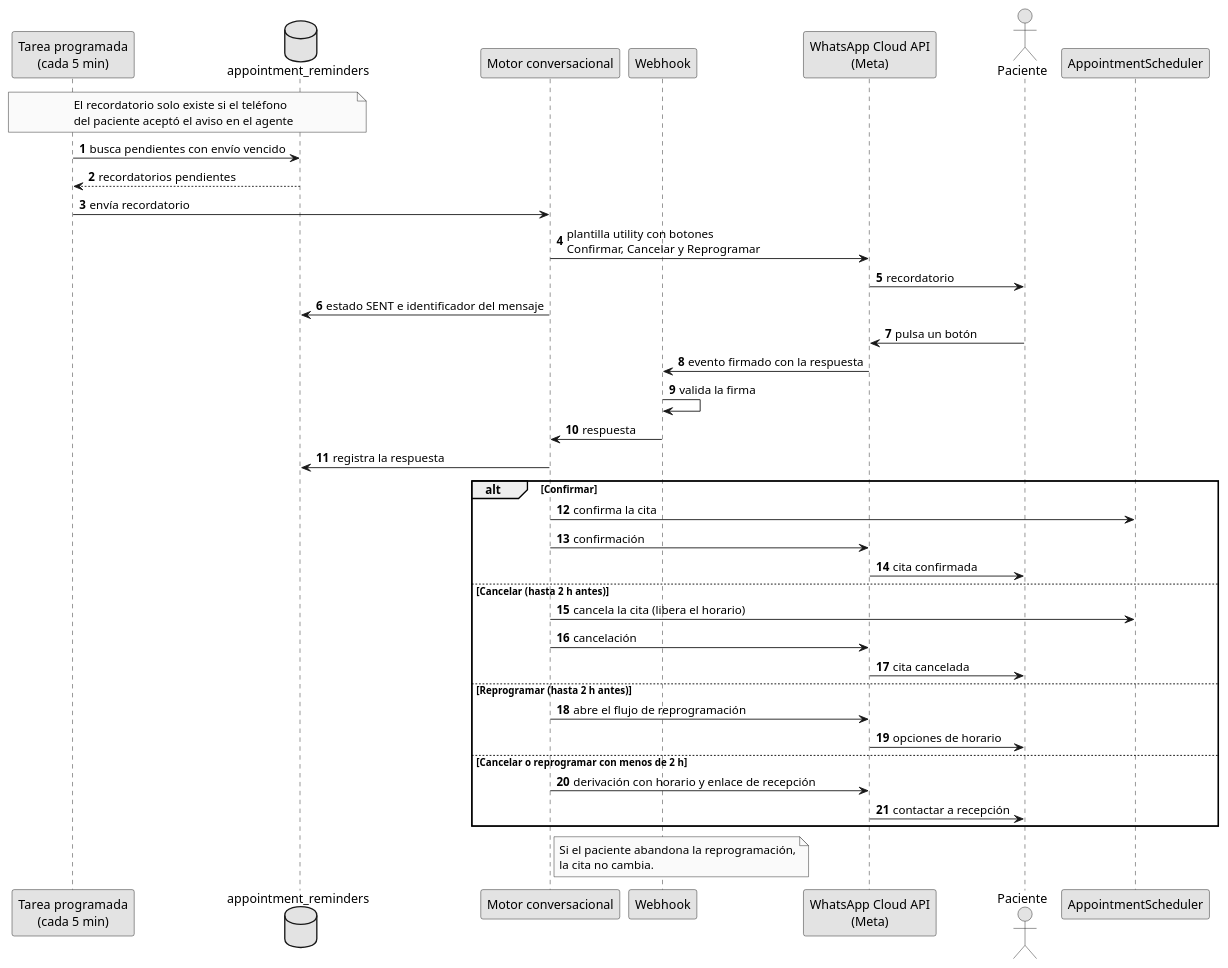
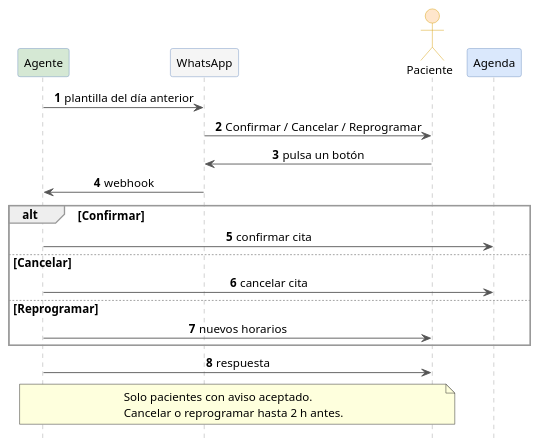
Before and after one commit to JaviFiallos/bachelor-latex-thesis: the diagram in diagramas/plantuml/secuencia_recordatorio.puml, drawn with PlantUML. The commit also changed 9 other files, not shown here.

First line of the commit message:
Se simplifican los diagramas del Objetivo 2 y se les asigna una paleta de colores

```diff
--- a/diagramas/plantuml/secuencia_recordatorio.puml
+++ b/diagramas/plantuml/secuencia_recordatorio.puml
@@ -1,52 +1,37 @@
 @startuml secuencia_recordatorio
+skinparam shadowing false
+skinparam backgroundColor white
+skinparam defaultFontName Arial
+skinparam defaultFontSize 13
+skinparam sequenceMessageAlign center
+skinparam ArrowColor #555555
+skinparam sequence {
+  LifeLineBorderColor #999999
+  ParticipantBorderColor #6C8EBF
+  ParticipantBackgroundColor #DAE8FC
+  ActorBorderColor #D79B00
+  ActorBackgroundColor #FFE6CC
+  GroupBorderColor #999999
+}
+autonumber
+hide footbox
 
-skinparam monochrome true
-skinparam shadowing false
-skinparam defaultFontName Arial
-autonumber
+participant "Agente" as A #D5E8D4
+participant "WhatsApp" as W #F5F5F5
+actor "Paciente" as P
+participant "Agenda" as G
 
-participant "Tarea programada\n(cada 5 min)" as Tarea
-database "appointment_reminders" as Recordatorios
-participant "Motor conversacional" as Motor
-participant "Webhook" as Webhook
-participant "WhatsApp Cloud API\n(Meta)" as Meta
-actor "Paciente" as Paciente
-participant "AppointmentScheduler" as Agenda
-
-note over Tarea, Recordatorios
-  El recordatorio solo existe si el teléfono
-  del paciente aceptó el aviso en el agente
-end note
-
-Tarea -> Recordatorios : busca pendientes con envío vencido
-Recordatorios --> Tarea : recordatorios pendientes
-Tarea -> Motor : envía recordatorio
-Motor -> Meta : plantilla utility con botones\nConfirmar, Cancelar y Reprogramar
-Meta -> Paciente : recordatorio
-Motor -> Recordatorios : estado SENT e identificador del mensaje
-Paciente -> Meta : pulsa un botón
-Meta -> Webhook : evento firmado con la respuesta
-Webhook -> Webhook : valida la firma
-Webhook -> Motor : respuesta
-Motor -> Recordatorios : registra la respuesta
-
+A -> W : plantilla del día anterior
+W -> P : Confirmar / Cancelar / Reprogramar
+P -> W : pulsa un botón
+W -> A : webhook
 alt Confirmar
-  Motor -> Agenda : confirma la cita
-  Motor -> Meta : confirmación
-  Meta -> Paciente : cita confirmada
-else Cancelar (hasta 2 h antes)
-  Motor -> Agenda : cancela la cita (libera el horario)
-  Motor -> Meta : cancelación
-  Meta -> Paciente : cita cancelada
-else Reprogramar (hasta 2 h antes)
-  Motor -> Meta : abre el flujo de reprogramación
-  Meta -> Paciente : opciones de horario
-else Cancelar o reprogramar con menos de 2 h
-  Motor -> Meta : derivación con horario y enlace de recepción
-  Meta -> Paciente : contactar a recepción
+  A -> G : confirmar cita
+else Cancelar
+  A -> G : cancelar cita
+else Reprogramar
+  A -> P : nuevos horarios
 end
-note right of Motor
-  Si el paciente abandona la reprogramación,
-  la cita no cambia.
-end note
+A -> P : respuesta
+note over A, P : Solo pacientes con aviso aceptado.\nCancelar o reprogramar hasta 2 h antes.
 @enduml
```
